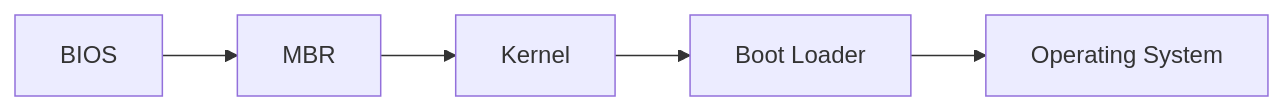
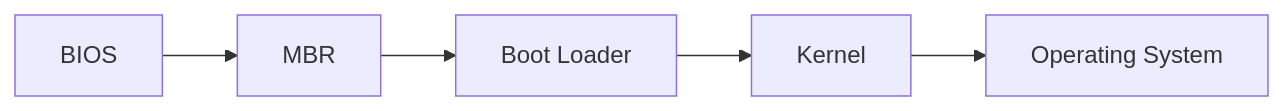
Before and after one commit to HorningGit/Rayquaza_Resources: the first of 3 diagrams in tools/admin/linux/modules/bootprocess.md, drawn with Mermaid.

````diff
--- a/tools/admin/linux/modules/bootprocess.md
+++ b/tools/admin/linux/modules/bootprocess.md
@@ -20,4 +20,4 @@
 ```mermaid
 flowchart LR;
-    A[BIOS]-->B[MBR]-->C[Kernel]-->D[Boot Loader]-->E[Operating System]
+    A[BIOS]-->B[MBR]-->C[Boot Loader]-->D[Kernel]-->E[Operating System]
 ```
````
